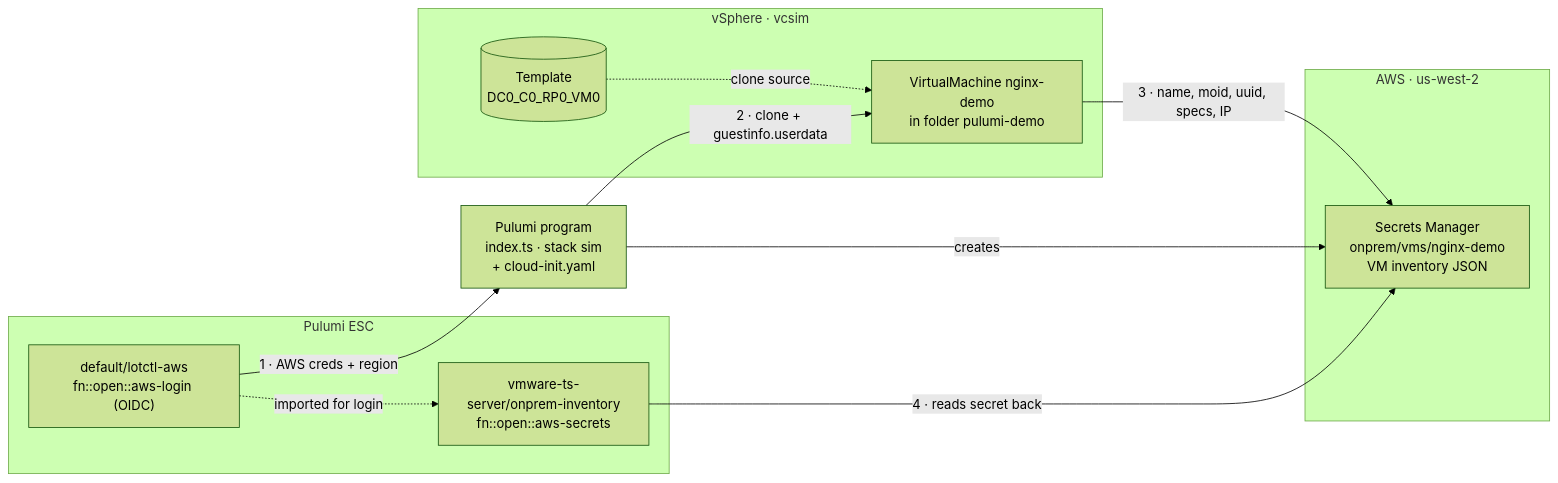
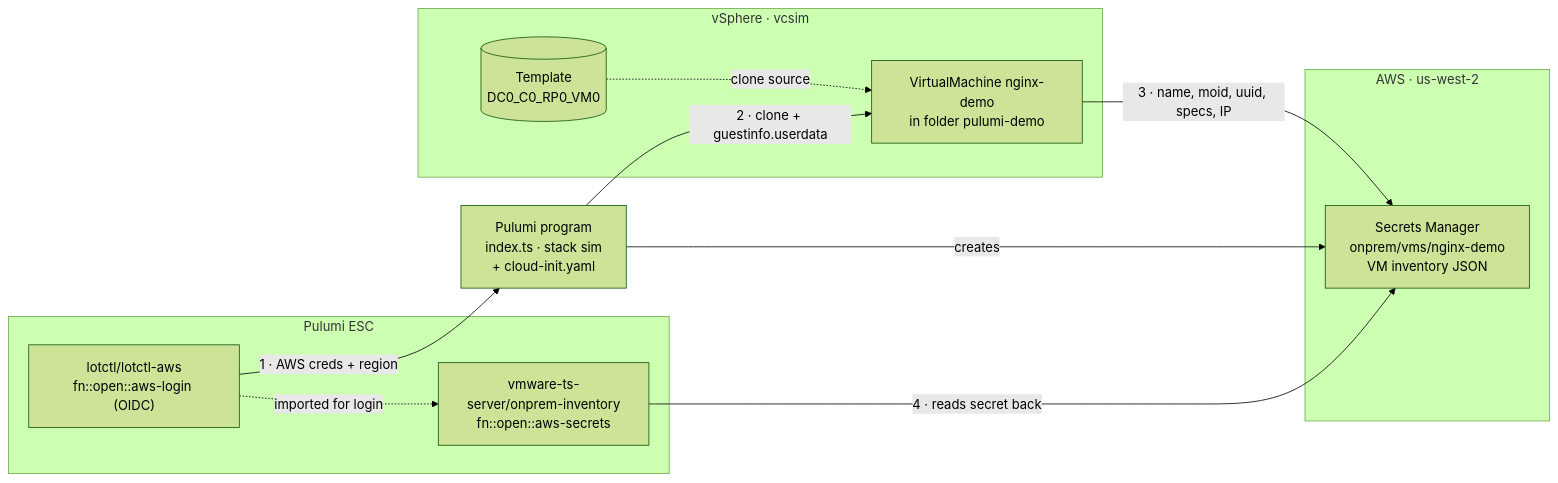
The diagram in README.md (pulumi-demos/vmware-ts-server), drawn with Mermaid (forest theme) before and after one commit. The commit also changed other lines of this file and 1 other file, not shown here.

````diff
--- a/README.md
+++ b/README.md
@@ -20,26 +20,26 @@
 ```mermaid
 flowchart LR
     subgraph ESC["Pulumi ESC"]
-        awsEnv["default/lotctl-aws<br/>fn::open::aws-login (OIDC)"]
+        awsEnv["lotctl/lotctl-aws<br/>fn::open::aws-login (OIDC)"]
         invEnv["vmware-ts-server/onprem-inventory<br/>fn::open::aws-secrets"]
     end
 
     prog["Pulumi program<br/>index.ts · stack sim<br/>+ cloud-init.yaml"]
 
     subgraph VS["vSphere · vcsim"]
         tmpl[("Template<br/>DC0_C0_RP0_VM0")]
         vm["VirtualMachine nginx-demo<br/>in folder pulumi-demo"]
     end
 
     subgraph AWS["AWS · us-west-2"]
         secret["Secrets Manager<br/>onprem/vms/nginx-demo<br/>VM inventory JSON"]
     end
 
     awsEnv -- "1 · AWS creds + region" --> prog
     prog -- "2 · clone + guestinfo.userdata" --> vm
     tmpl -. "clone source" .-> vm
     vm -- "3 · name, moid, uuid, specs, IP" --> secret
     prog -- "creates" --> secret
     awsEnv -. "imported for login" .-> invEnv
     invEnv -- "4 · reads secret back" --> secret
 ```
````
